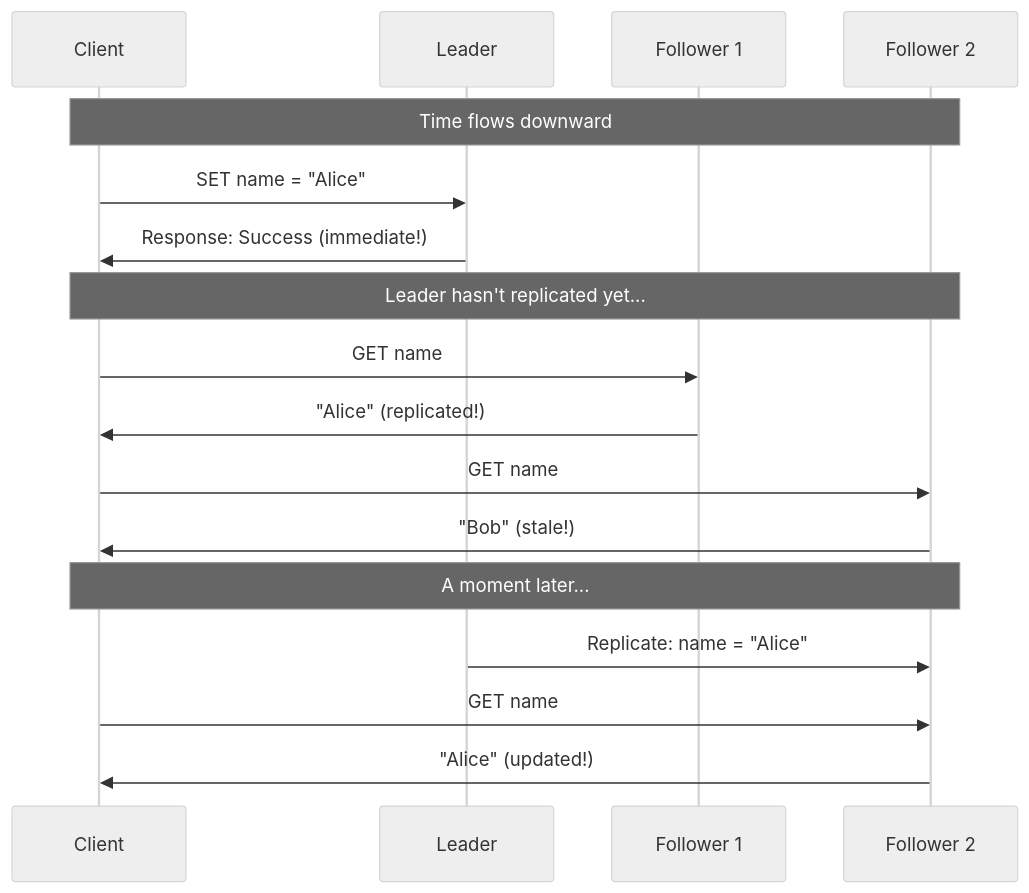
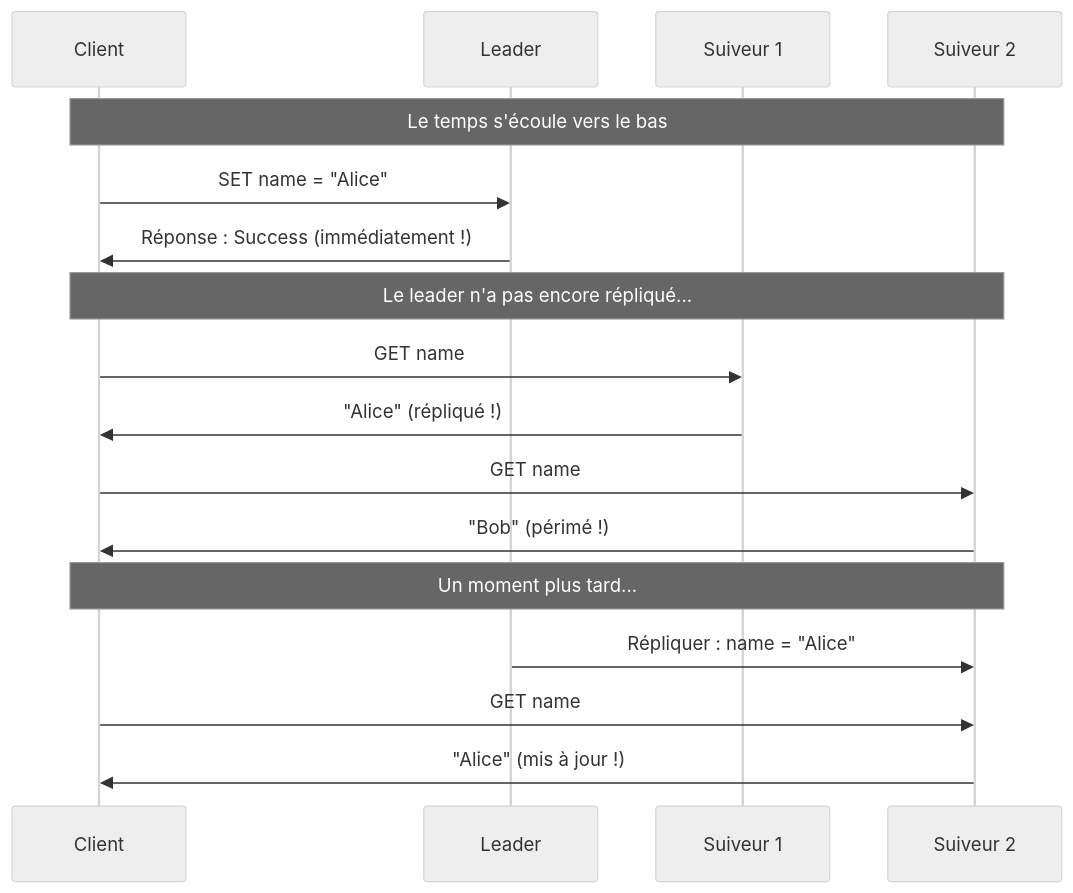
Before and after one commit to dardourimohamed/distributed-systems-course: the fourth of 7 diagrams in src/data-store/07-consistency.md, drawn with Mermaid (neutral theme). The commit also changed other lines of this file and 38 other files, not shown here.

````diff
--- a/src/data-store/07-consistency.md
+++ b/src/data-store/07-consistency.md
@@ -99,27 +99,27 @@
 ```mermaid
 sequenceDiagram
     participant C as Client
     participant L as Leader
-    participant F1 as Follower 1
-    participant F2 as Follower 2
+    participant F1 as Suiveur 1
+    participant F2 as Suiveur 2
 
-    Note over C,F2: Time flows downward
+    Note over C,F2: Le temps s'écoule vers le bas
 
     C->>L: SET name = "Alice"
-    L->>C: Response: Success (immediate!)
+    L->>C: Réponse : Success (immédiatement !)
 
-    Note over C,F2: Leader hasn't replicated yet...
+    Note over C,F2: Le leader n'a pas encore répliqué...
 
     C->>F1: GET name
-    F1->>C: "Alice" (replicated!)
+    F1->>C: "Alice" (répliqué !)
 
     C->>F2: GET name
-    F2->>C: "Bob" (stale!)
+    F2->>C: "Bob" (périmé !)
 
-    Note over C,F2: A moment later...
+    Note over C,F2: Un moment plus tard...
 
-    L->>F2: Replicate: name = "Alice"
+    L->>F2: Répliquer : name = "Alice"
 
     C->>F2: GET name
-    F2->>C: "Alice" (updated!)
+    F2->>C: "Alice" (mis à jour !)
 ```
````
